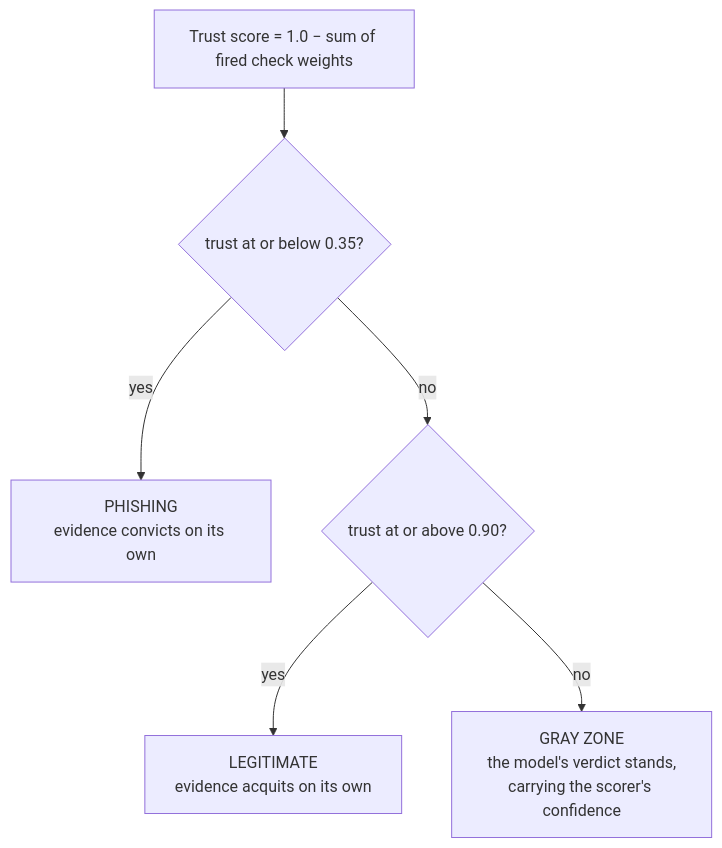
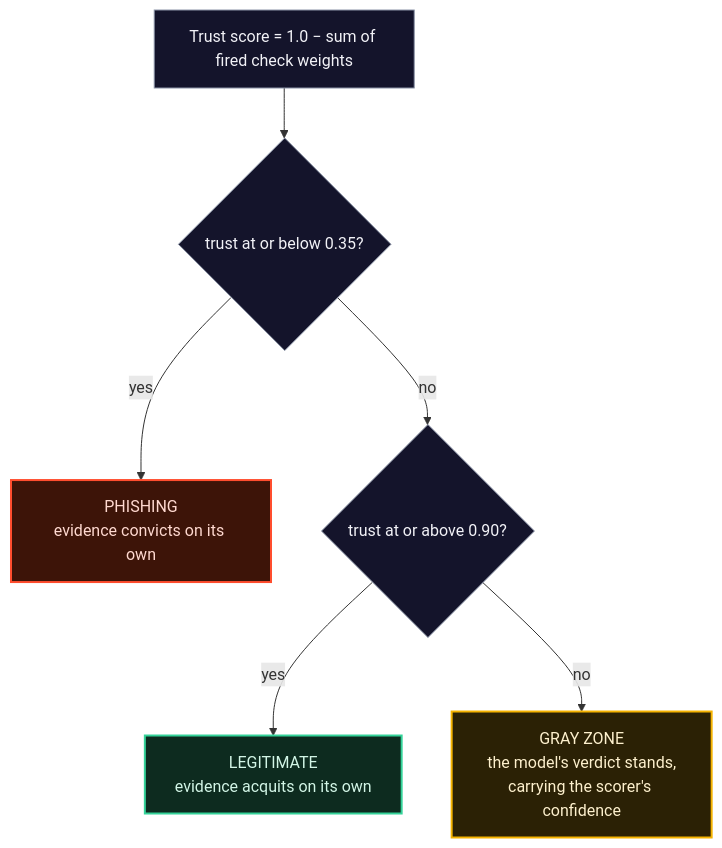
Before and after one commit to shivoymalhotra9-wq/Agentic-AI-Cyber-App: the third of 3 diagrams in README.md, drawn with Mermaid. The commit also changed other lines of this file, not shown here.

Commit message:
README v2: badges, colored diagrams, judges callout

````diff
--- a/README.md
+++ b/README.md
@@ -77,8 +92,16 @@
 ```mermaid
 flowchart TD
     T["Trust score = 1.0 − sum of fired check weights"] --> Q1{"trust at or below 0.35?"}
     Q1 -->|yes| P["PHISHING<br/>evidence convicts on its own"]
     Q1 -->|no| Q2{"trust at or above 0.90?"}
     Q2 -->|yes| L["LEGITIMATE<br/>evidence acquits on its own"]
     Q2 -->|no| G["GRAY ZONE<br/>the model's verdict stands,<br/>carrying the scorer's confidence"]
+    classDef phish fill:#3d1408,stroke:#ff4d2e,color:#ffd9d0,stroke-width:2px
+    classDef legit fill:#0d2b1f,stroke:#34d399,color:#d2f5e6,stroke-width:2px
+    classDef gray fill:#2b2105,stroke:#f5b301,color:#fdf0cd,stroke-width:2px
+    classDef base fill:#14142b,stroke:#8a93a6,color:#f2f2f7
+    class P phish
+    class L legit
+    class G gray
+    class T,Q1,Q2 base
 ```
````
